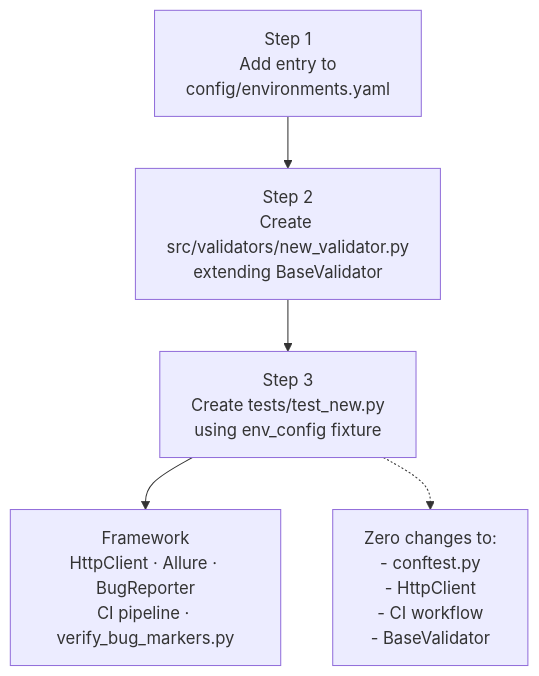
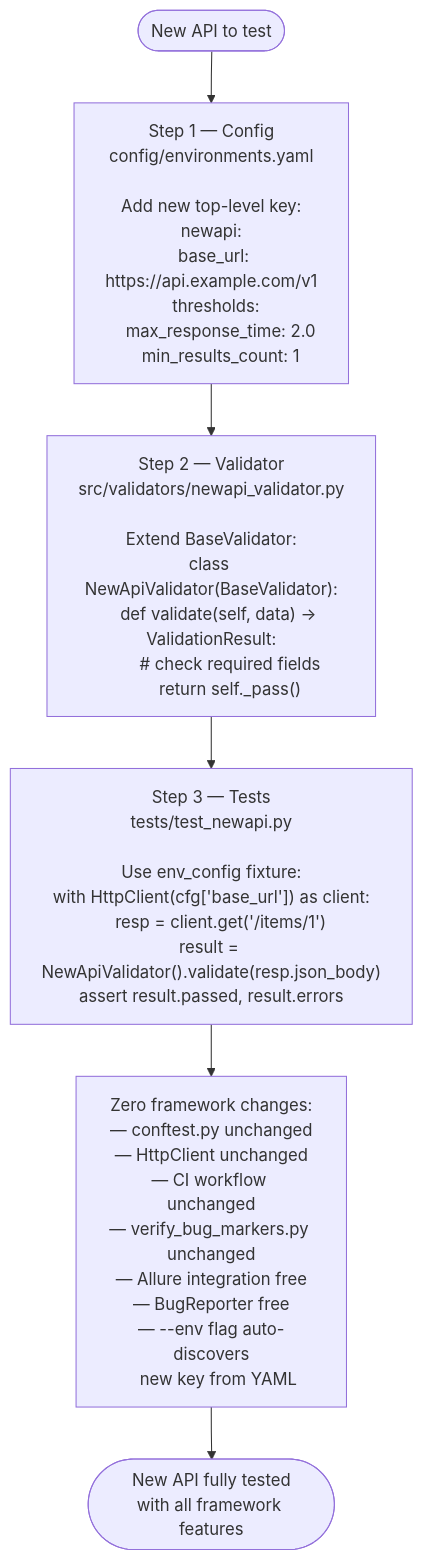
One commit to sks-54/api-test-framework changed the fourth of 7 diagrams in README.md. Above: the diagram before and after it, drawn with Mermaid. The commit also changed other lines of this file and 4 other files, not shown here.

First line of the commit message:
docs: comprehensive README with 6 architecture diagrams (#13)

````diff
--- a/README.md
+++ b/README.md
@@ -96,13 +227,19 @@
 ```mermaid
 flowchart TD
-    S1["Step 1\nAdd entry to\nconfig/environments.yaml"]
-    S2["Step 2\nCreate src/validators/new_validator.py\nextending BaseValidator"]
-    S3["Step 3\nCreate tests/test_new.py\nusing env_config fixture"]
+    START([New API to test]) --> S1
+
+    S1["Step 1 — Config\nconfig/environments.yaml\n\nAdd new top-level key:\nnewapi:\n  base_url: https://api.example.com/v1\n  thresholds:\n    max_response_time: 2.0\n    min_results_count: 1"]
+
+    S2["Step 2 — Validator\nsrc/validators/newapi_validator.py\n\nExtend BaseValidator:\nclass NewApiValidator(BaseValidator):\n    def validate(self, data) -> ValidationResult:\n        # check required fields\n        return self._pass()"]
+
+    S3["Step 3 — Tests\ntests/test_newapi.py\n\nUse env_config fixture:\nwith HttpClient(cfg['base_url']) as client:\n    resp = client.get('/items/1')\nresult = NewApiValidator().validate(resp.json_body)\nassert result.passed, result.errors"]
 
     S1 --> S2 --> S3
 
-    S3 --> FW[Framework\nHttpClient · Allure · BugReporter\nCI pipeline · verify_bug_markers.py]
+    ZERO["Zero framework changes:\n— conftest.py unchanged\n— HttpClient unchanged\n— CI workflow unchanged\n— verify_bug_markers.py unchanged\n— Allure integration free\n— BugReporter free\n— --env flag auto-discovers\n   new key from YAML"]
 
-    note1["Zero changes to:\n- conftest.py\n- HttpClient\n- CI workflow\n- BaseValidator"]
-    S3 -.-> note1
+    S3 --> ZERO
+
+    DONE([New API fully tested\nwith all framework features])
+    ZERO --> DONE
 ```
````
